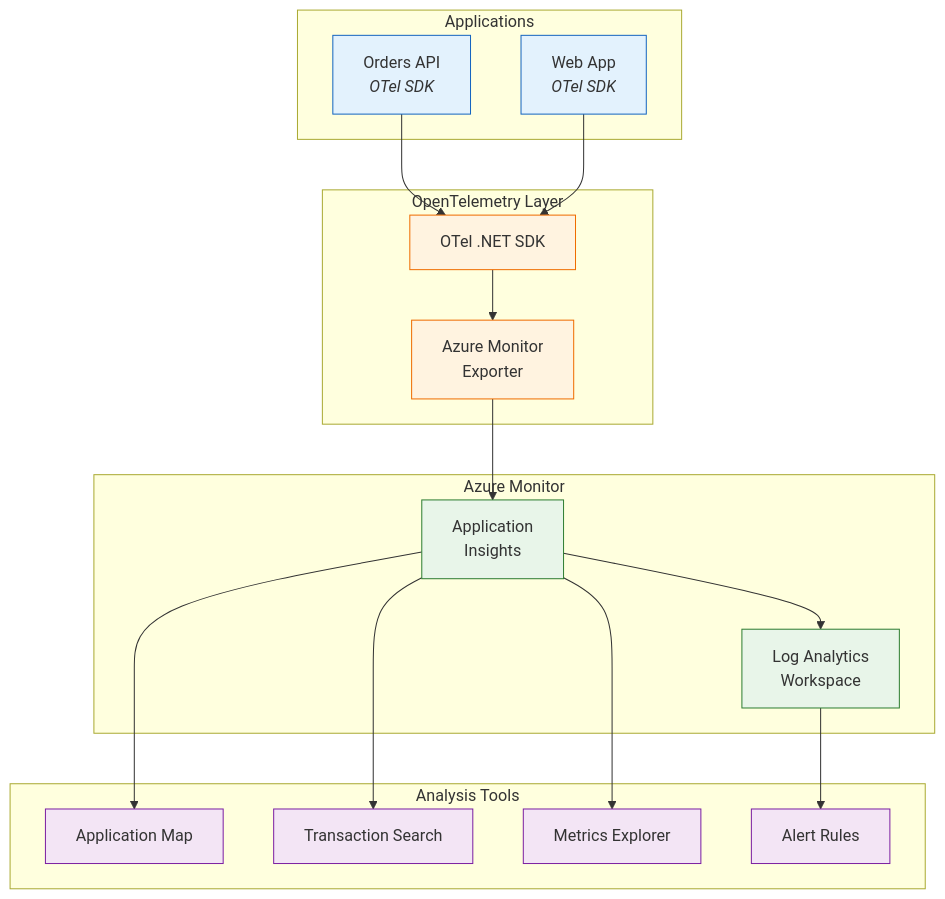
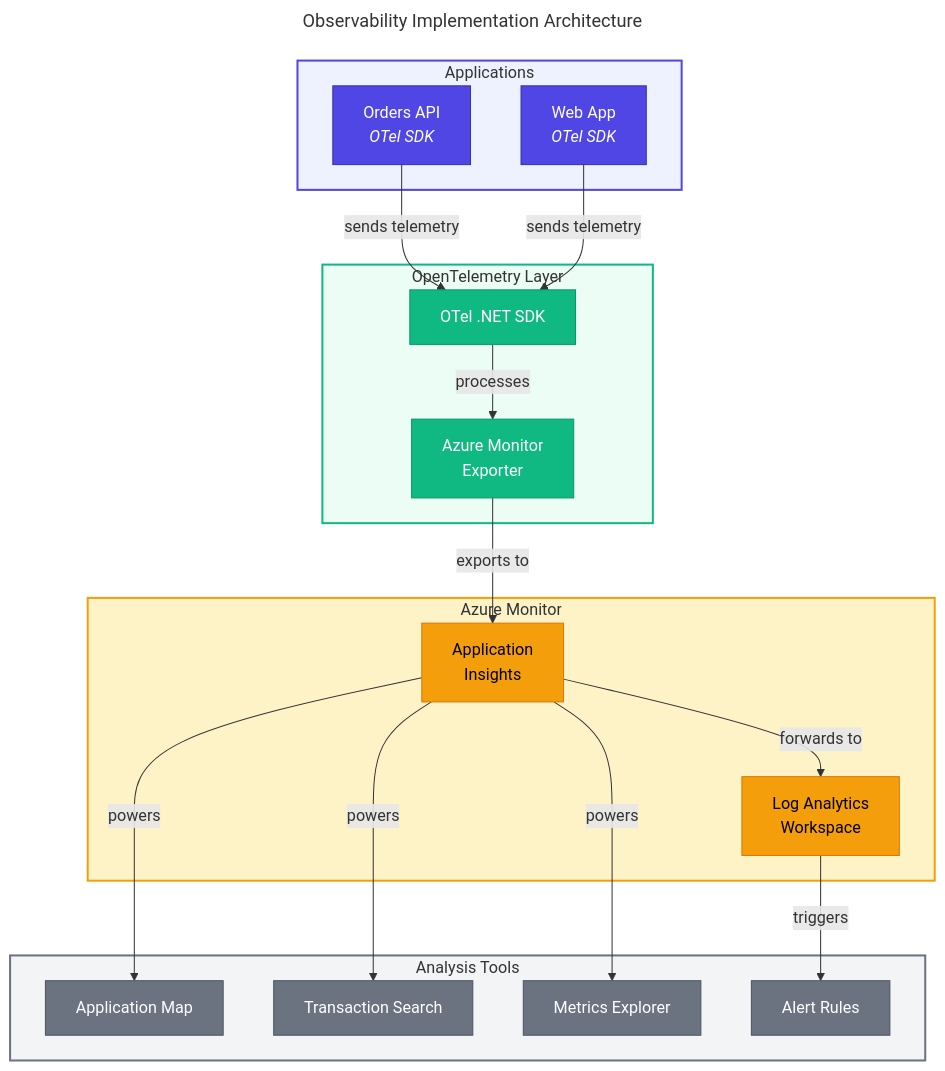
The first of 2 diagrams in docs/architecture/adr/ADR-003-observability-strategy.md (Evilazaro/Azure-LogicApps-Monitoring), drawn with Mermaid before and after one commit. The commit also changed other lines of this file and 1 other file, not shown here.

Commit message:
feat: Enhance observability architecture diagrams with improved dead letter handling and implementation flow

````diff
--- a/docs/architecture/adr/ADR-003-observability-strategy.md
+++ b/docs/architecture/adr/ADR-003-observability-strategy.md
@@ -47,38 +47,60 @@
 ```mermaid
+---
+title: Observability Implementation Architecture
+---
 flowchart TB
+    %% ===== APPLICATIONS =====
     subgraph Apps["Applications"]
         API["Orders API<br/><i>OTel SDK</i>"]
         Web["Web App<br/><i>OTel SDK</i>"]
     end
 
+    %% ===== OPENTELEMETRY LAYER =====
     subgraph OTel["OpenTelemetry Layer"]
         SDK["OTel .NET SDK"]
         Exporter["Azure Monitor<br/>Exporter"]
     end
 
+    %% ===== AZURE MONITOR =====
     subgraph Azure["Azure Monitor"]
         AI["Application<br/>Insights"]
         LAW["Log Analytics<br/>Workspace"]
     end
 
+    %% ===== ANALYSIS TOOLS =====
     subgraph Analysis["Analysis Tools"]
         Map["Application Map"]
         TxSearch["Transaction Search"]
         Metrics["Metrics Explorer"]
         Alerts["Alert Rules"]
     end
 
-    API & Web --> SDK --> Exporter --> AI --> LAW
-    AI --> Map & TxSearch & Metrics
-    LAW --> Alerts
+    %% ===== CONNECTIONS =====
+    API -->|"sends telemetry"| SDK
+    Web -->|"sends telemetry"| SDK
+    SDK -->|"processes"| Exporter
+    Exporter -->|"exports to"| AI
+    AI -->|"forwards to"| LAW
+    AI -->|"powers"| Map
+    AI -->|"powers"| TxSearch
+    AI -->|"powers"| Metrics
+    LAW -->|"triggers"| Alerts
 
-    classDef app fill:#e3f2fd,stroke:#1565c0
-    classDef otel fill:#fff3e0,stroke:#ef6c00
-    classDef azure fill:#e8f5e9,stroke:#2e7d32
-    classDef analysis fill:#f3e5f5,stroke:#7b1fa2
+    %% ===== STYLES - NODE CLASSES =====
+    classDef primary fill:#4F46E5,stroke:#3730A3,color:#FFFFFF
+    classDef secondary fill:#10B981,stroke:#059669,color:#FFFFFF
+    classDef datastore fill:#F59E0B,stroke:#D97706,color:#000000
+    classDef external fill:#6B7280,stroke:#4B5563,color:#FFFFFF
 
-    class API,Web app
-    class SDK,Exporter otel
-    class AI,LAW azure
-    class Map,TxSearch,Metrics,Alerts analysis
+    %% ===== CLASS ASSIGNMENTS =====
+    class API,Web primary
+    class SDK,Exporter secondary
+    class AI,LAW datastore
+    class Map,TxSearch,Metrics,Alerts external
+
+    %% ===== SUBGRAPH STYLES =====
+    style Apps fill:#EEF2FF,stroke:#4F46E5,stroke-width:2px
+    style OTel fill:#ECFDF5,stroke:#10B981,stroke-width:2px
+    style Azure fill:#FEF3C7,stroke:#F59E0B,stroke-width:2px
+    style Analysis fill:#F3F4F6,stroke:#6B7280,stroke-width:2px
 ```
````
